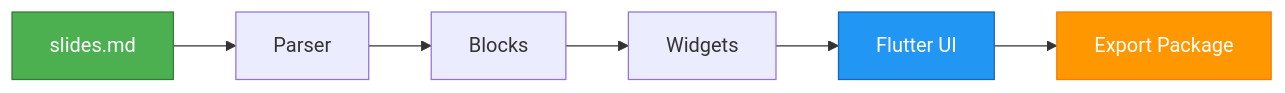
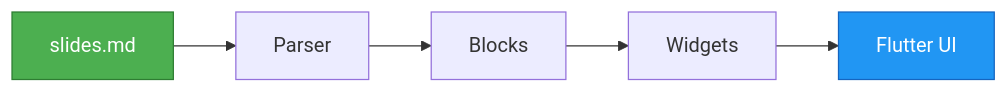
The diagram in demo/showcase.md (btwld/superdeck), drawn with Mermaid before and after one commit. The commit also changed other lines of this file and 9 other files, not shown here.

````diff
--- a/demo/showcase.md
+++ b/demo/showcase.md
@@ -202,12 +201,10 @@
 ```mermaid
 flowchart LR
     A["slides.md"] --> B["Parser"]
     B --> C["Blocks"]
     C --> D["Widgets"]
     D --> E["Flutter UI"]
-    E --> F["Export Package"]
 
     style A fill:#4CAF50,stroke:#2E7D32,color:#fff
     style E fill:#2196F3,stroke:#1565C0,color:#fff
-    style F fill:#FF9800,stroke:#F57C00,color:#fff
 ```
````
